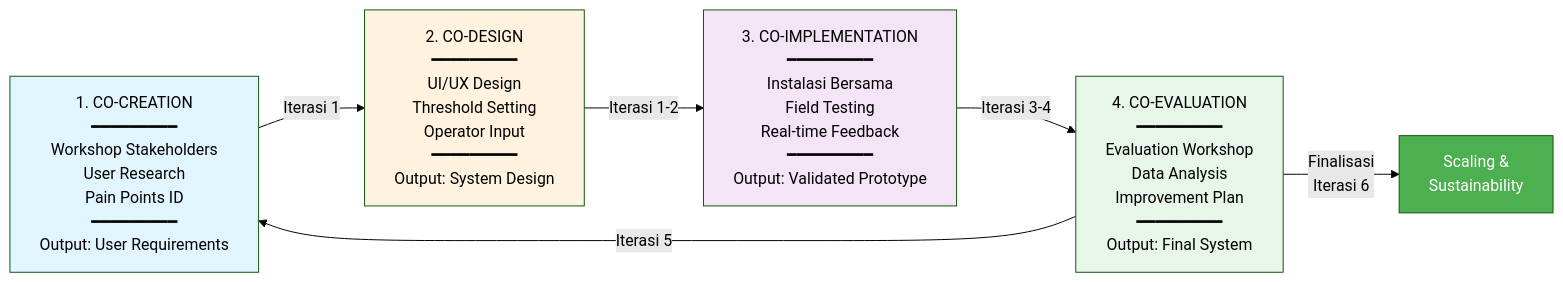
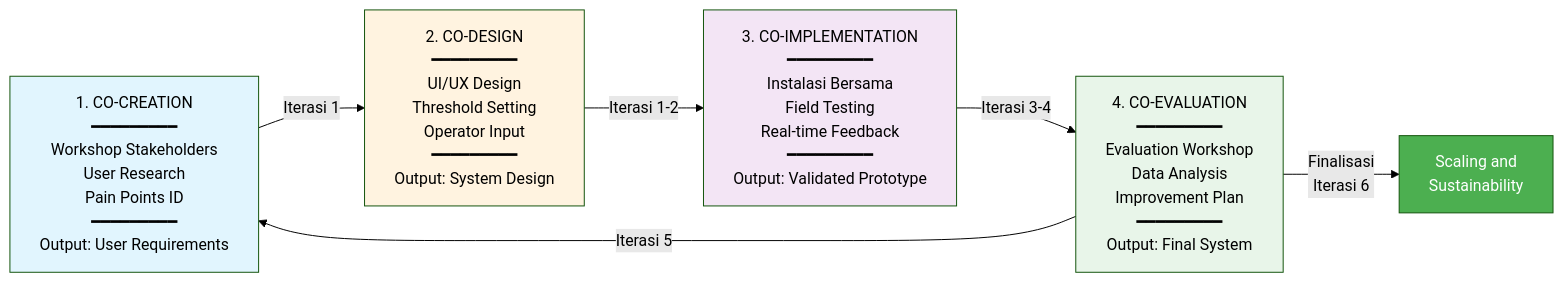
The fifth of 5 diagrams in 01_PROPOSAL_UTAMA_BESTARI_SAINTEK.md (antonprafanto/buros2025), drawn with Mermaid (forest theme) before and after one commit. The commit also changed other lines of this file, not shown here.

First line of the commit message:
Fix Mermaid diagram syntax errors

````diff
--- a/01_PROPOSAL_UTAMA_BESTARI_SAINTEK.md
+++ b/01_PROPOSAL_UTAMA_BESTARI_SAINTEK.md
@@ -398,22 +474,48 @@
 ```mermaid
 flowchart LR
-    A[1. CO-CREATION<br/>━━━━━━━━━<br/>Workshop Stakeholders<br/>User Research<br/>Pain Points ID<br/>━━━━━━━━━<br/>Output: User Requirements]
+    A["1. CO-CREATION
+    ━━━━━━━━━
+    Workshop Stakeholders
+    User Research
+    Pain Points ID
+    ━━━━━━━━━
+    Output: User Requirements"]
 
-    B[2. CO-DESIGN<br/>━━━━━━━━━<br/>UI/UX Design<br/>Threshold Setting<br/>Operator Input<br/>━━━━━━━━━<br/>Output: System Design]
+    B["2. CO-DESIGN
+    ━━━━━━━━━
+    UI/UX Design
+    Threshold Setting
+    Operator Input
+    ━━━━━━━━━
+    Output: System Design"]
 
-    C[3. CO-IMPLEMENTATION<br/>━━━━━━━━━<br/>Instalasi Bersama<br/>Field Testing<br/>Real-time Feedback<br/>━━━━━━━━━<br/>Output: Validated Prototype]
+    C["3. CO-IMPLEMENTATION
+    ━━━━━━━━━
+    Instalasi Bersama
+    Field Testing
+    Real-time Feedback
+    ━━━━━━━━━
+    Output: Validated Prototype"]
 
-    D[4. CO-EVALUATION<br/>━━━━━━━━━<br/>Evaluation Workshop<br/>Data Analysis<br/>Improvement Plan<br/>━━━━━━━━━<br/>Output: Final System]
+    D["4. CO-EVALUATION
+    ━━━━━━━━━
+    Evaluation Workshop
+    Data Analysis
+    Improvement Plan
+    ━━━━━━━━━
+    Output: Final System"]
 
-    A -->|Iterasi 1| B
-    B -->|Iterasi 1-2| C
-    C -->|Iterasi 3-4| D
-    D -->|Iterasi 5| A
-    D -->|Finalisasi<br/>Iterasi 6| E[Scaling &<br/>Sustainability]
+    A -->|"Iterasi 1"| B
+    B -->|"Iterasi 1-2"| C
+    C -->|"Iterasi 3-4"| D
+    D -->|"Iterasi 5"| A
+    D -->|"Finalisasi
+    Iterasi 6"| E["Scaling and
+    Sustainability"]
 
     style A fill:#e1f5fe
     style B fill:#fff3e0
     style C fill:#f3e5f5
     style D fill:#e8f5e9
     style E fill:#4caf50,color:#fff
 ```
````
